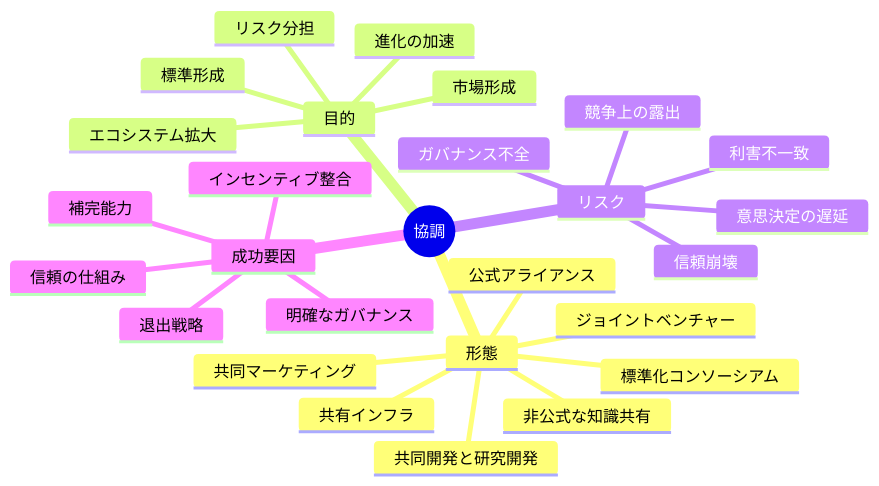
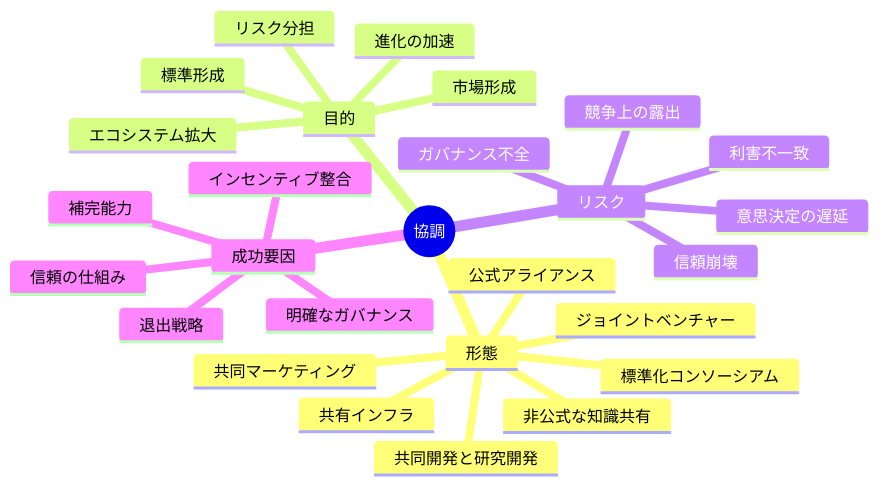
One commit to wardley-leadership-strategies-ja/wardley-leadership-strategies-ja.github.io changed the first of 2 diagrams in docs/strategies/accelerators/cooperation/index.md. Above: the diagram before and after it, drawn with Mermaid. The commit also changed other lines of this file and 142 other files, not shown here.

````diff
--- a/docs/strategies/accelerators/cooperation/index.md
+++ b/docs/strategies/accelerators/cooperation/index.md
@@ -111,30 +111,30 @@
 ```mermaid
 mindmap
-  root((協調))
-    形態
-      非公式な知識共有
-      共同マーケティング
-      共有インフラ
-      共同開発と研究開発
-      標準化コンソーシアム
-      ジョイントベンチャー
-      公式アライアンス
-    目的
-      進化の加速
-      リスク分担
-      市場形成
-      エコシステム拡大
-      標準形成
-    リスク
-      利害不一致
-      信頼崩壊
-      意思決定の遅延
-      競争上の露出
-      ガバナンス不全
-    成功要因
-      インセンティブ整合
-      信頼の仕組み
-      明確なガバナンス
-      補完能力
-      退出戦略
+ root((協調))
+  形態
+   非公式な知識共有
+   共同マーケティング
+   共有インフラ
+   共同開発と研究開発
+   標準化コンソーシアム
+   ジョイントベンチャー
+   公式アライアンス
+  目的
+   進化の加速
+   リスク分担
+   市場形成
+   エコシステム拡大
+   標準形成
+  リスク
+   利害不一致
+   信頼崩壊
+   意思決定の遅延
+   競争上の露出
+   ガバナンス不全
+  成功要因
+   インセンティブ整合
+   信頼の仕組み
+   明確なガバナンス
+   補完能力
+   退出戦略
 ```
````
